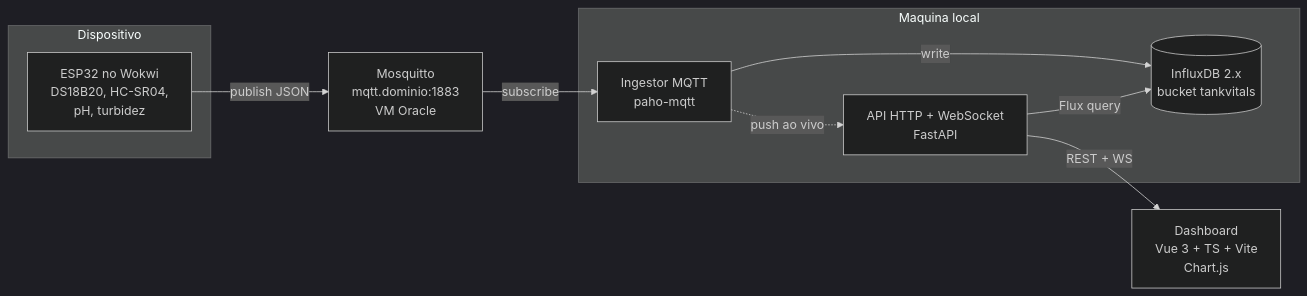
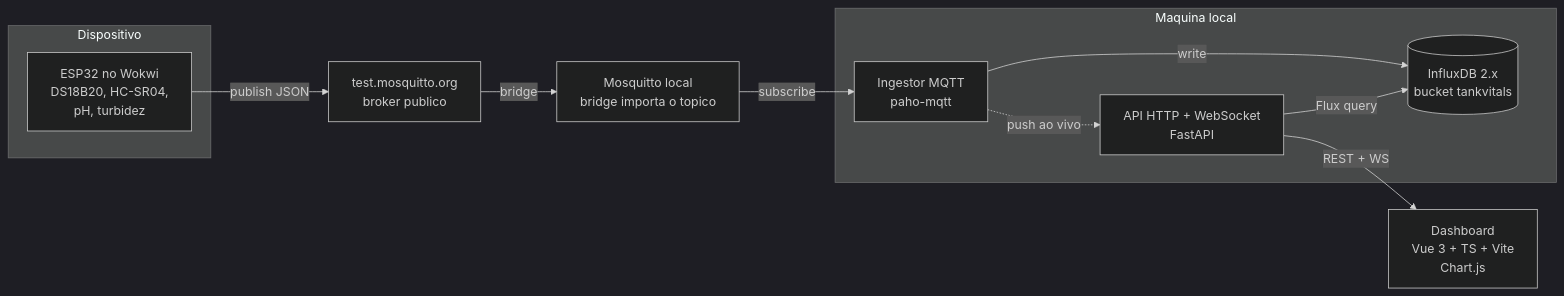
Before and after one commit to t4Facef/TankVitals: the diagram in README.md, drawn with Mermaid (dark theme). The commit also changed other lines of this file, not shown here.

````diff
--- a/README.md
+++ b/README.md
@@ -57,20 +57,22 @@
 ```mermaid
 flowchart LR
     subgraph Dispositivo
         ESP[ESP32 no Wokwi<br/>DS18B20, HC-SR04,<br/>pH, turbidez]
     end
-    MOSQ[Mosquitto<br/>mqtt.dominio:1883<br/>VM Oracle]
+    PUB[test.mosquitto.org<br/>broker publico]
+    MOSQ[Mosquitto local<br/>bridge importa o topico]
     subgraph Maquina local
         ING[Ingestor MQTT<br/>paho-mqtt]
         API[API HTTP + WebSocket<br/>FastAPI]
         DB[(InfluxDB 2.x<br/>bucket tankvitals)]
     end
     WEB[Dashboard<br/>Vue 3 + TS + Vite<br/>Chart.js]
 
-    ESP -->|publish JSON| MOSQ
+    ESP -->|publish JSON| PUB
+    PUB -->|bridge| MOSQ
     MOSQ -->|subscribe| ING
     ING -->|write| DB
     API -->|Flux query| DB
     ING -.->|push ao vivo| API
     API -->|REST + WS| WEB
 ```
````
